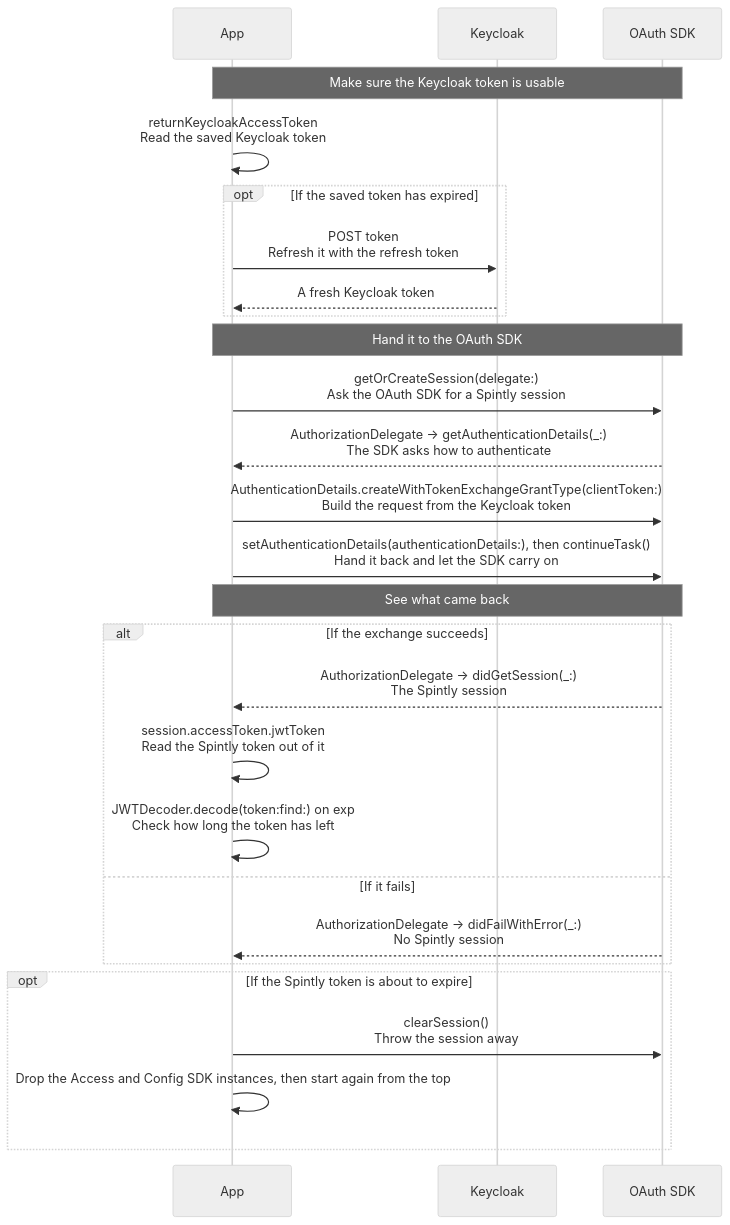
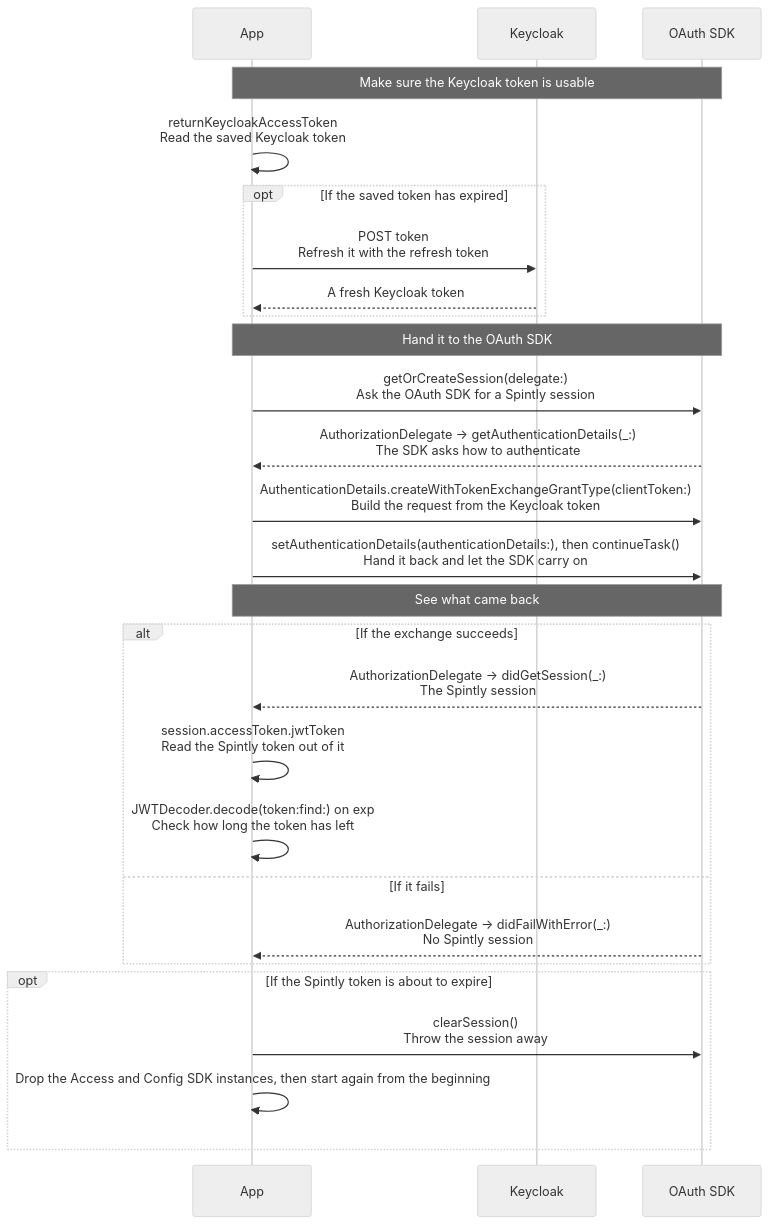
Before and after one commit to Yash-Wadatkar-Binaryveda/sdk-docs-site: the eighth of 15 diagrams in docs/iot9/user-onboarding.md, drawn with Mermaid (neutral theme). The commit also changed other lines of this file and 42 other files, not shown here.

````diff
--- a/docs/iot9/user-onboarding.md
+++ b/docs/iot9/user-onboarding.md
@@ -390,32 +390,32 @@
     ```mermaid
     sequenceDiagram
         participant A as App
         participant K as Keycloak
         participant O as OAuth SDK
 
         Note over A,O: Make sure the Keycloak token is usable
         A->>A: returnKeycloakAccessToken<br/>Read the saved Keycloak token
         opt If the saved token has expired
             A->>K: POST token<br/>Refresh it with the refresh token
             K-->>A: A fresh Keycloak token
         end
 
         Note over A,O: Hand it to the OAuth SDK
         A->>O: getOrCreateSession(delegate:)<br/>Ask the OAuth SDK for a Spintly session
         O-->>A: AuthorizationDelegate → getAuthenticationDetails(_:)<br/>The SDK asks how to authenticate
         A->>O: AuthenticationDetails.createWithTokenExchangeGrantType(clientToken:)<br/>Build the request from the Keycloak token
         A->>O: setAuthenticationDetails(authenticationDetails:), then continueTask()<br/>Hand it back and let the SDK carry on
 
         Note over A,O: See what came back
         alt If the exchange succeeds
             O-->>A: AuthorizationDelegate → didGetSession(_:)<br/>The Spintly session
             A->>A: session.accessToken.jwtToken<br/>Read the Spintly token out of it
             A->>A: JWTDecoder.decode(token:find:) on exp<br/>Check how long the token has left
         else If it fails
             O-->>A: AuthorizationDelegate → didFailWithError(_:)<br/>No Spintly session
         end
         opt If the Spintly token is about to expire
             A->>O: clearSession()<br/>Throw the session away
-            A->>A: Drop the Access and Config SDK instances, then start again from the top
+            A->>A: Drop the Access and Config SDK instances, then start again from the beginning
         end
     ```
````
